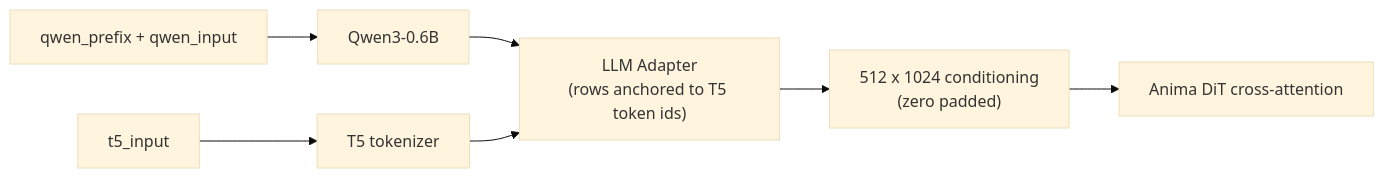
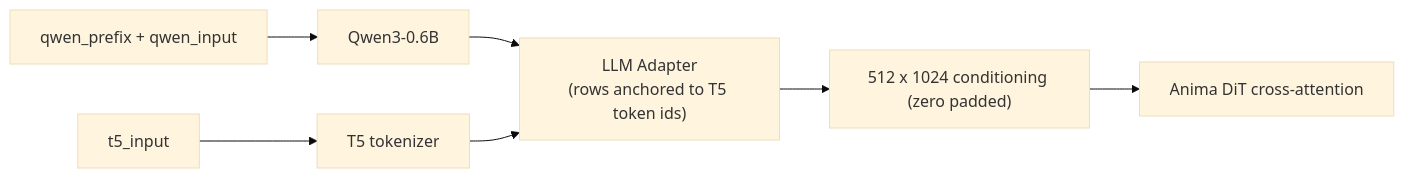
The diagram in README.md (XiaoLinXiaoZhu/comfyui-anima-decoupled), drawn with Mermaid (base theme) before and after one commit. The commit also changed other lines of this file and 5 other files, not shown here.

````diff
--- a/README.md
+++ b/README.md
@@ -26,9 +24,9 @@
 ```mermaid
 flowchart LR
     Q["qwen_prefix + qwen_input"] --> E1["Qwen3-0.6B"]
     T["t5_input"] --> E2["T5 tokenizer"]
     E1 --> AD["LLM Adapter<br/>(rows anchored to T5 token ids)"]
     E2 --> AD
-    AD --> C["512 x 1024 conditioning<br/>(zero padded)"]
+    AD --> C["512 x 1024 conditioning (zero padded)"]
     C --> D["Anima DiT cross-attention"]
 ```
````
